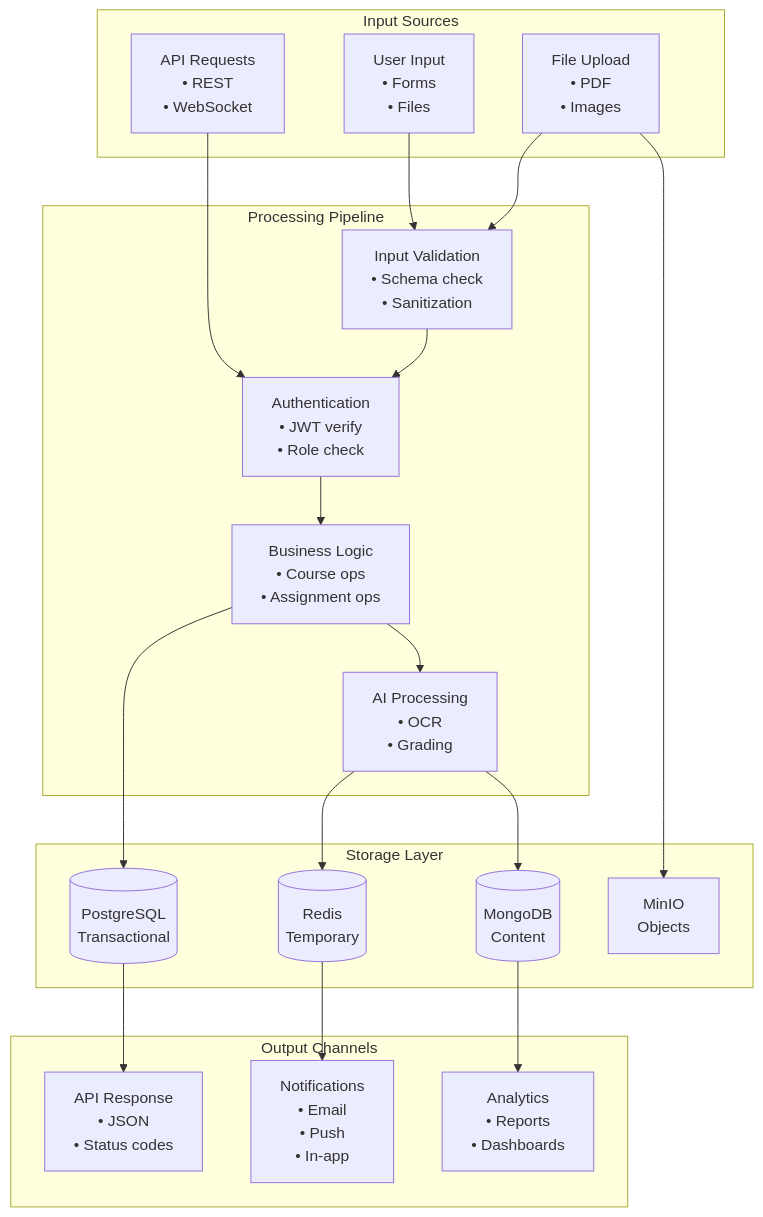
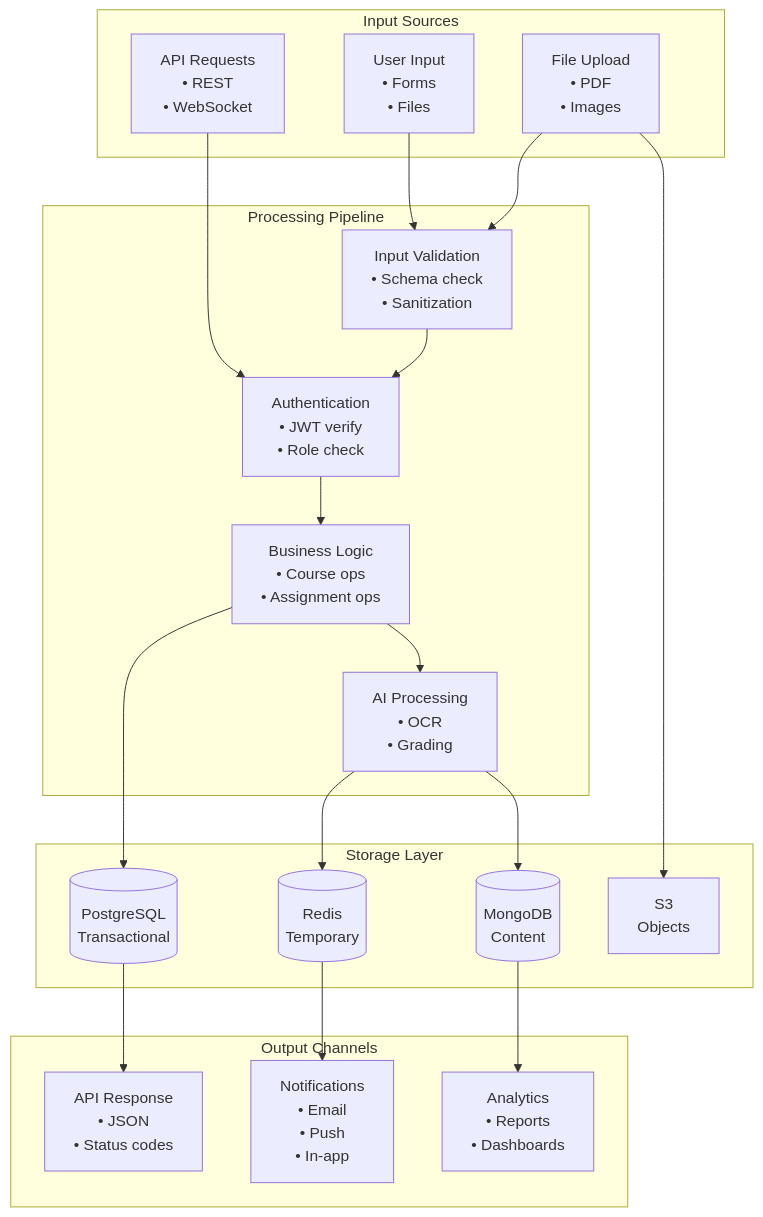
The seventh of 12 diagrams in diagrams-and-docs/mvp-documentation.md (abdulrahman-riyad/Co-Learn), drawn with Mermaid before and after one commit. The commit also changed other lines of this file, not shown here.

````diff
--- a/diagrams-and-docs/mvp-documentation.md
+++ b/diagrams-and-docs/mvp-documentation.md
@@ -384,45 +381,45 @@
 ```mermaid
 graph TB
     subgraph "Input Sources"
         UserInput[User Input<br/>• Forms<br/>• Files]
         FileUpload[File Upload<br/>• PDF<br/>• Images]
         APIRequests[API Requests<br/>• REST<br/>• WebSocket]
     end
     
     subgraph "Processing Pipeline"
         Validation[Input Validation<br/>• Schema check<br/>• Sanitization]
         Auth[Authentication<br/>• JWT verify<br/>• Role check]
         BusinessLogic[Business Logic<br/>• Course ops<br/>• Assignment ops]
         AIProcessing[AI Processing<br/>• OCR<br/>• Grading]
     end
     
     subgraph "Storage Layer"
         Primary[(PostgreSQL<br/>Transactional)]
         Document[(MongoDB<br/>Content)]
         Cache[(Redis<br/>Temporary)]
-        Files[MinIO<br/>Objects]
+        Files[S3<br/>Objects]
     end
     
     subgraph "Output Channels"
         APIResponse[API Response<br/>• JSON<br/>• Status codes]
         Notifications[Notifications<br/>• Email<br/>• Push<br/>• In-app]
         Analytics[Analytics<br/>• Reports<br/>• Dashboards]
     end
     
     UserInput --> Validation
     FileUpload --> Validation
     APIRequests --> Auth
     
     Validation --> Auth
     Auth --> BusinessLogic
     BusinessLogic --> AIProcessing
     
     BusinessLogic --> Primary
     AIProcessing --> Document
     AIProcessing --> Cache
     FileUpload --> Files
     
     Primary --> APIResponse
     Document --> Analytics
     Cache --> Notifications
 ```
````
